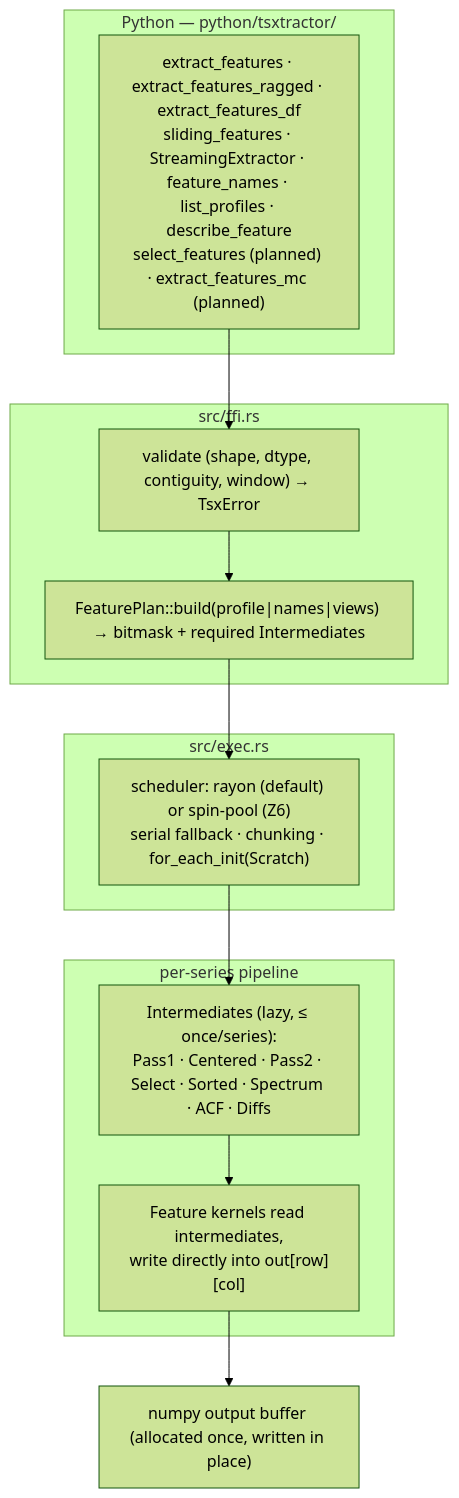
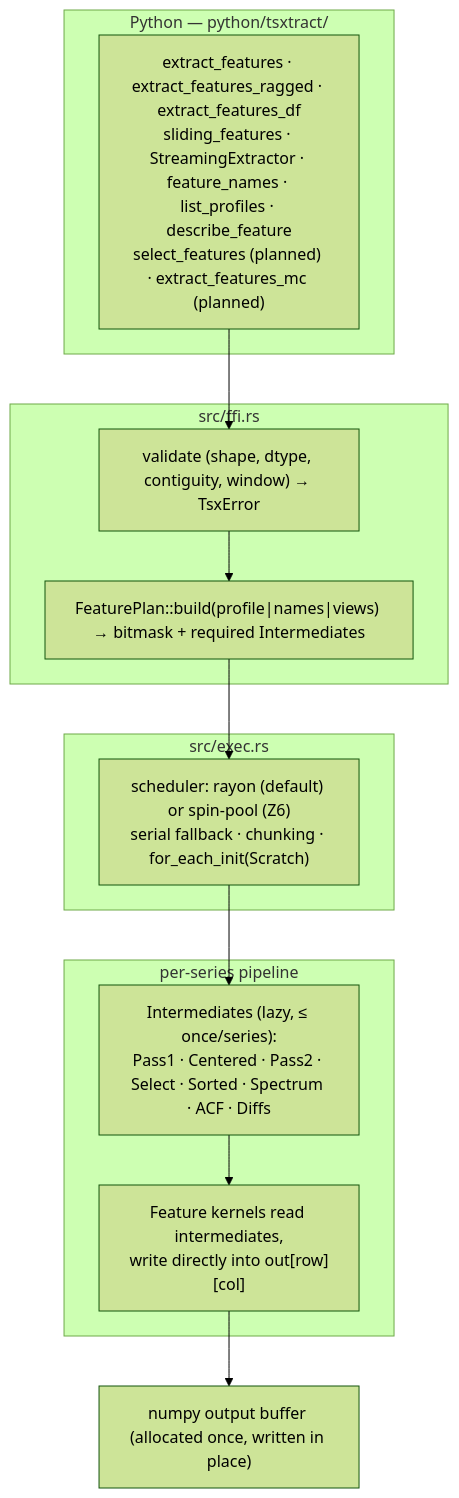
The diagram in arch.md (Aamodx6/Kymora), drawn with Mermaid (forest theme) before and after one commit. The commit also changed other lines of this file and 119 other files, not shown here.

````diff
--- a/arch.md
+++ b/arch.md
@@ -100,19 +100,19 @@
 ```mermaid
 flowchart TB
-    subgraph PY["Python — python/tsxtractor/"]
+    subgraph PY["Python — python/tsxtract/"]
         API["extract_features · extract_features_ragged · extract_features_df\nsliding_features · StreamingExtractor · feature_names · list_profiles · describe_feature\nselect_features (planned) · extract_features_mc (planned)"]
     end
     subgraph FFI["src/ffi.rs"]
         VAL["validate (shape, dtype, contiguity, window) → TsxError"]
         PLAN["FeaturePlan::build(profile|names|views) → bitmask + required Intermediates"]
     end
     subgraph EXEC["src/exec.rs"]
         POOL["scheduler: rayon (default) or spin-pool (Z6)\nserial fallback · chunking · for_each_init(Scratch)"]
     end
     subgraph PIPE["per-series pipeline"]
         INTER["Intermediates (lazy, ≤ once/series):\nPass1 · Centered · Pass2 · Select · Sorted · Spectrum · ACF · Diffs"]
         KERN["Feature kernels read intermediates,\nwrite directly into out[row][col]"]
     end
     API --> VAL --> PLAN --> POOL --> INTER --> KERN
     KERN --> OUT["numpy output buffer (allocated once, written in place)"]
 ```
````
